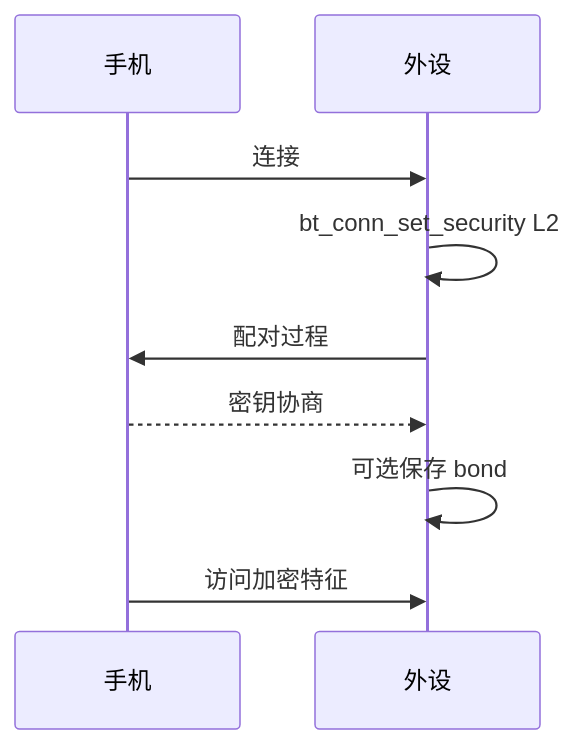
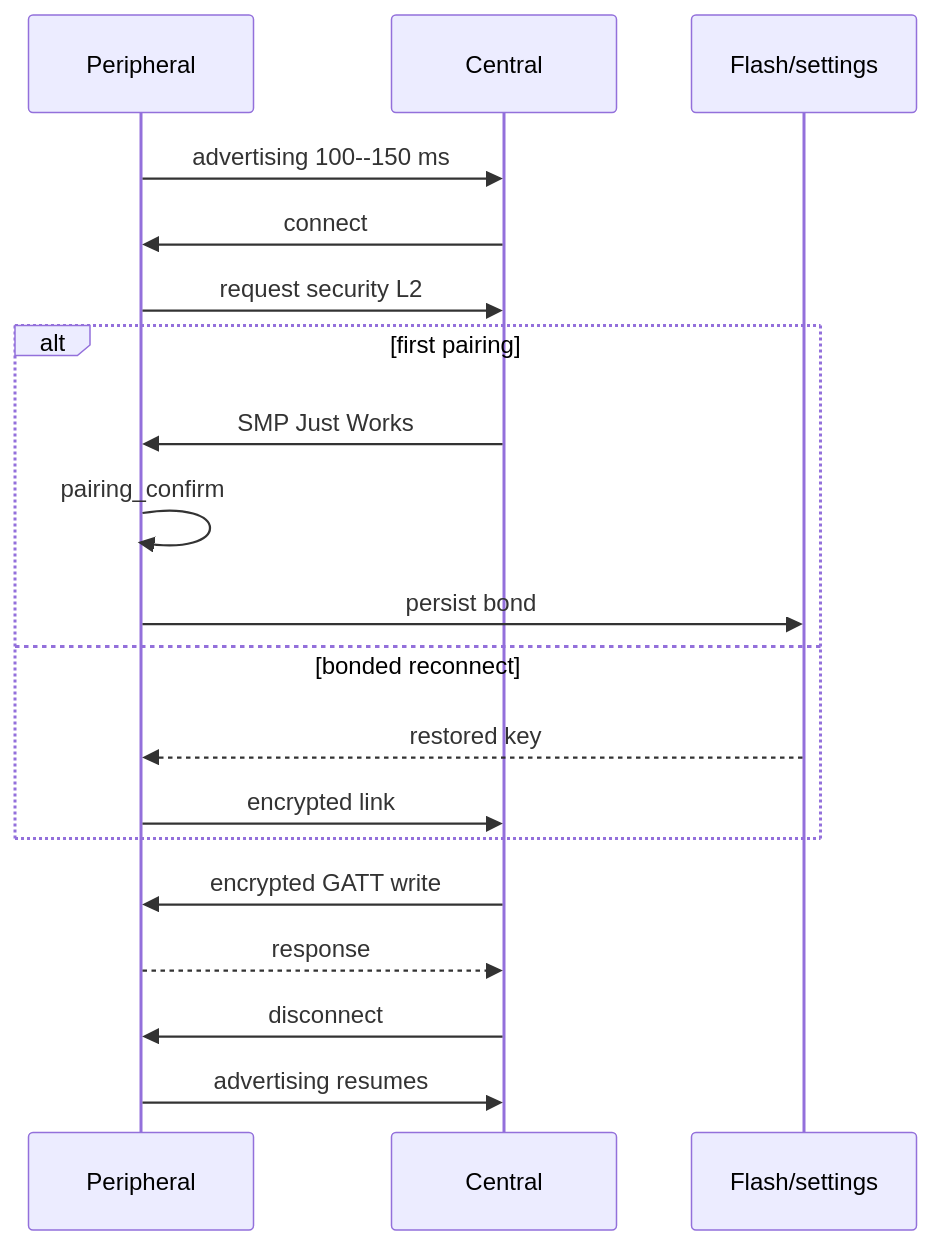
One commit to cdragon-ljl/EEandEdgeAI changed the second of 2 diagrams in docs/articles/zephyr/zephyr-16-ble-security-power.md. Above: the diagram before and after it, drawn with Mermaid. The commit also changed other lines of this file and 35 other files, not shown here.

````diff
--- a/docs/articles/zephyr/zephyr-16-ble-security-power.md
+++ b/docs/articles/zephyr/zephyr-16-ble-security-power.md
@@ -93,11 +482,21 @@
 ```mermaid
 sequenceDiagram
-    participant M as 手机
-    participant P as 外设
-    M->>P: 连接
-    P->>P: bt_conn_set_security L2
-    P->>M: 配对过程
-    M-->>P: 密钥协商
-    P->>P: 可选保存 bond
-    M->>P: 访问加密特征
+    participant P as Peripheral
+    participant C as Central
+    participant F as Flash/settings
+    P->>C: advertising 100--150 ms
+    C->>P: connect
+    P->>C: request security L2
+    alt first pairing
+        C->>P: SMP Just Works
+        P->>P: pairing_confirm
+        P->>F: persist bond
+    else bonded reconnect
+        F-->>P: restored key
+        P->>C: encrypted link
+    end
+    C->>P: encrypted GATT write
+    P-->>C: response
+    C->>P: disconnect
+    P->>C: advertising resumes
 ```
````
